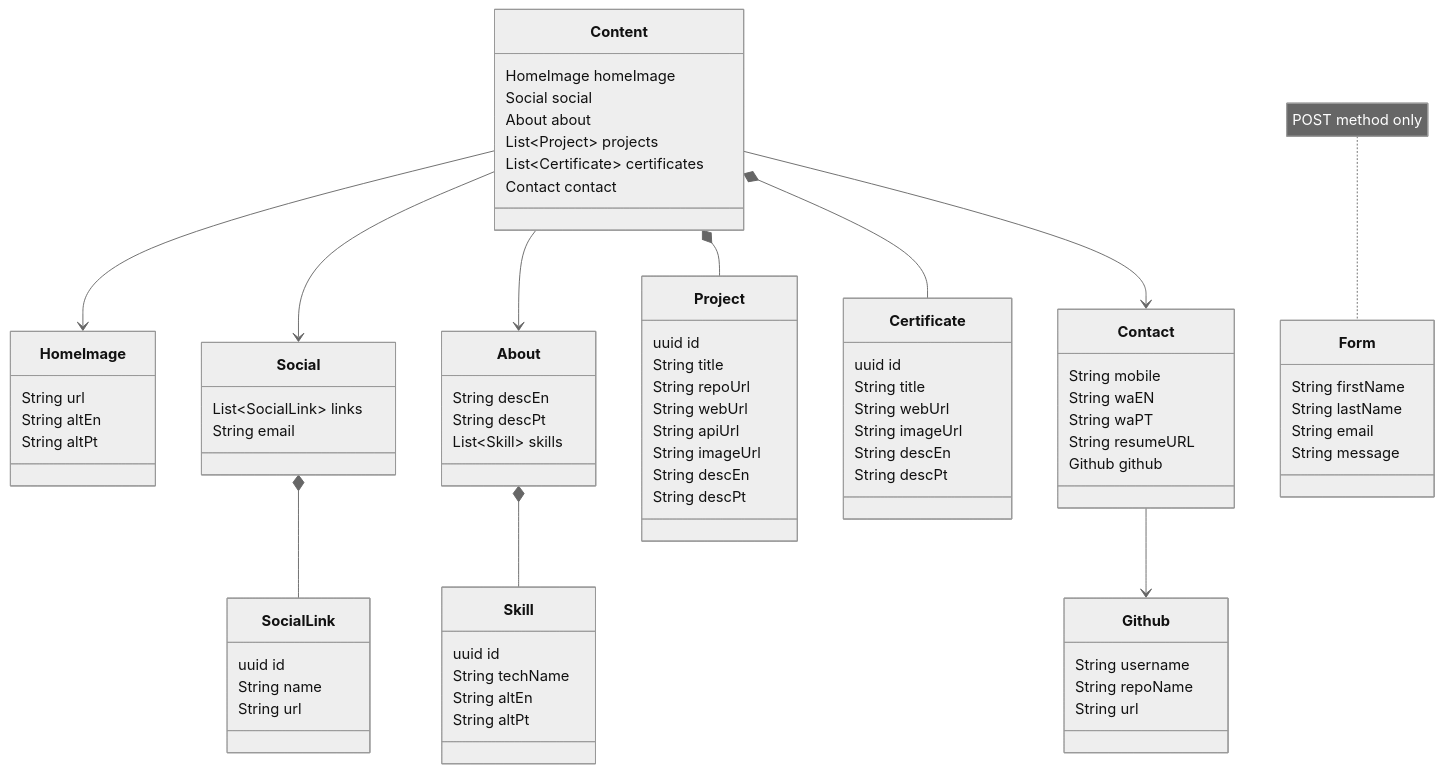
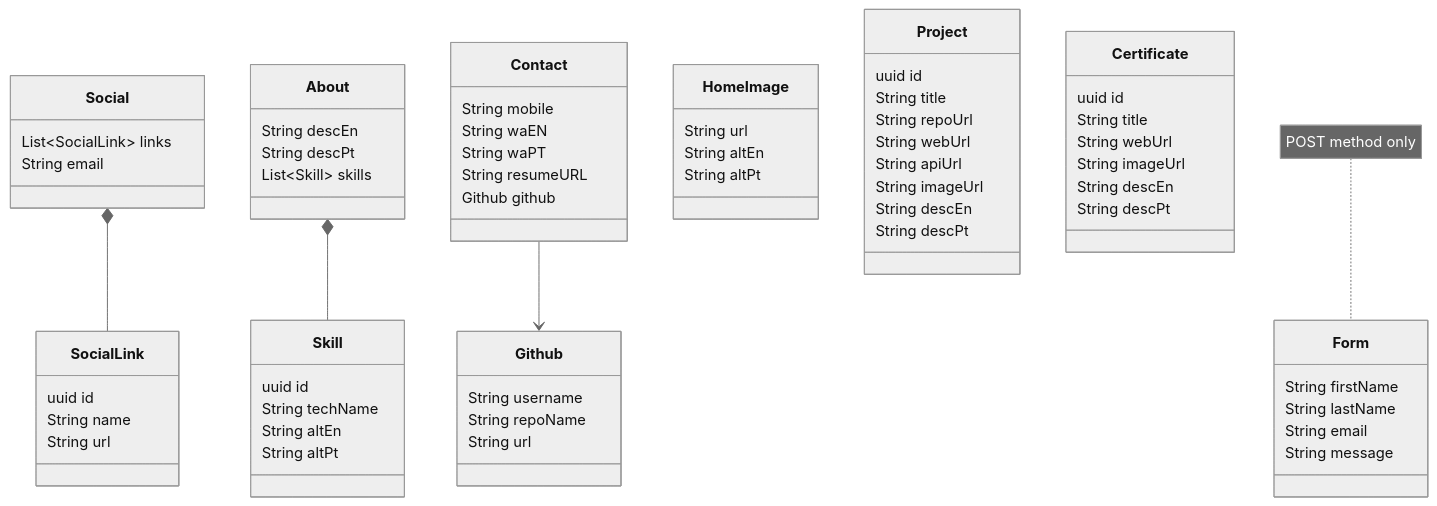
The diagram in README.md (wesleybritovlk/portfolio), drawn with Mermaid (neutral theme) before and after one commit. The commit also changed other lines of this file and 81 other files, not shown here.

````diff
--- a/README.md
+++ b/README.md
@@ -89,22 +89,8 @@
 ```mermaid
 classDiagram
-    Content --> HomeImage
-    Content --> Social
-    Content --> About
-    Content *-- Project
-    Content *-- Certificate
-    Content --> Contact
     Social *-- SocialLink
     About *-- Skill
     Contact --> Github
-    class Content {
-        HomeImage homeImage
-        Social social
-        About about
-        List~Project~ projects
-        List~Certificate~ certificates
-        Contact contact
-    }
     class HomeImage {
         String url
         String altEn
````
